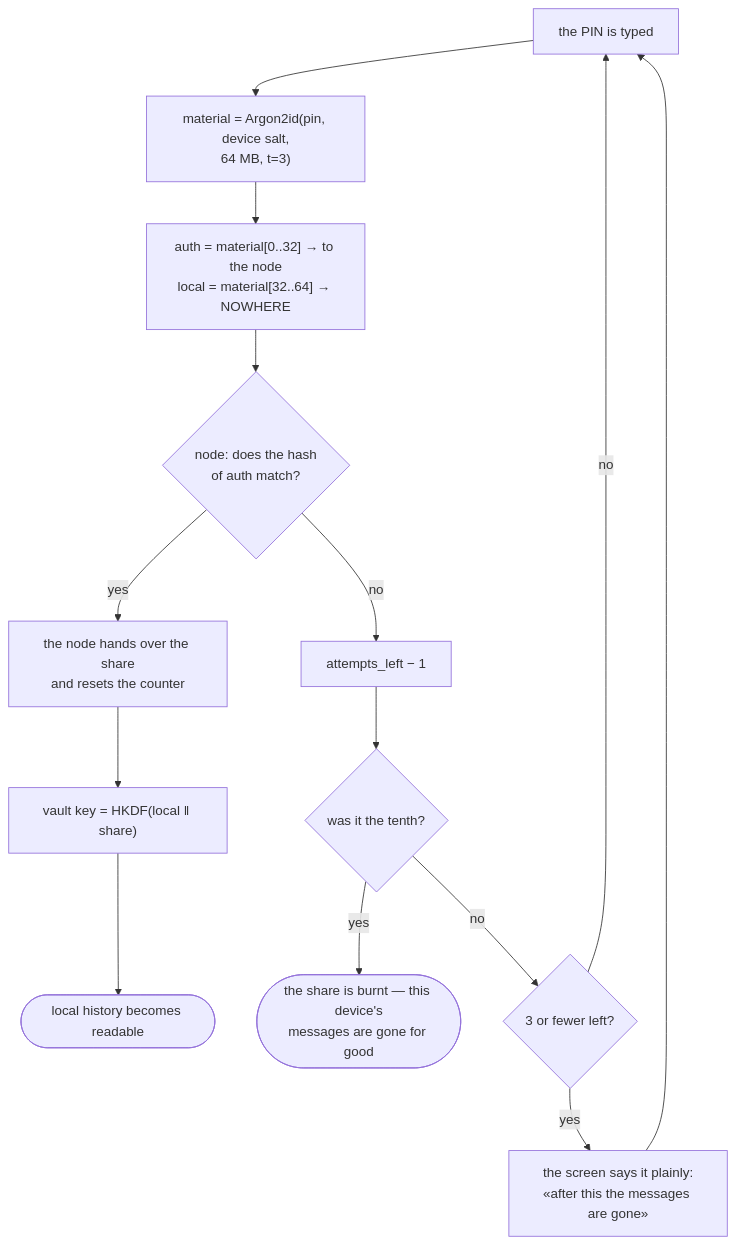
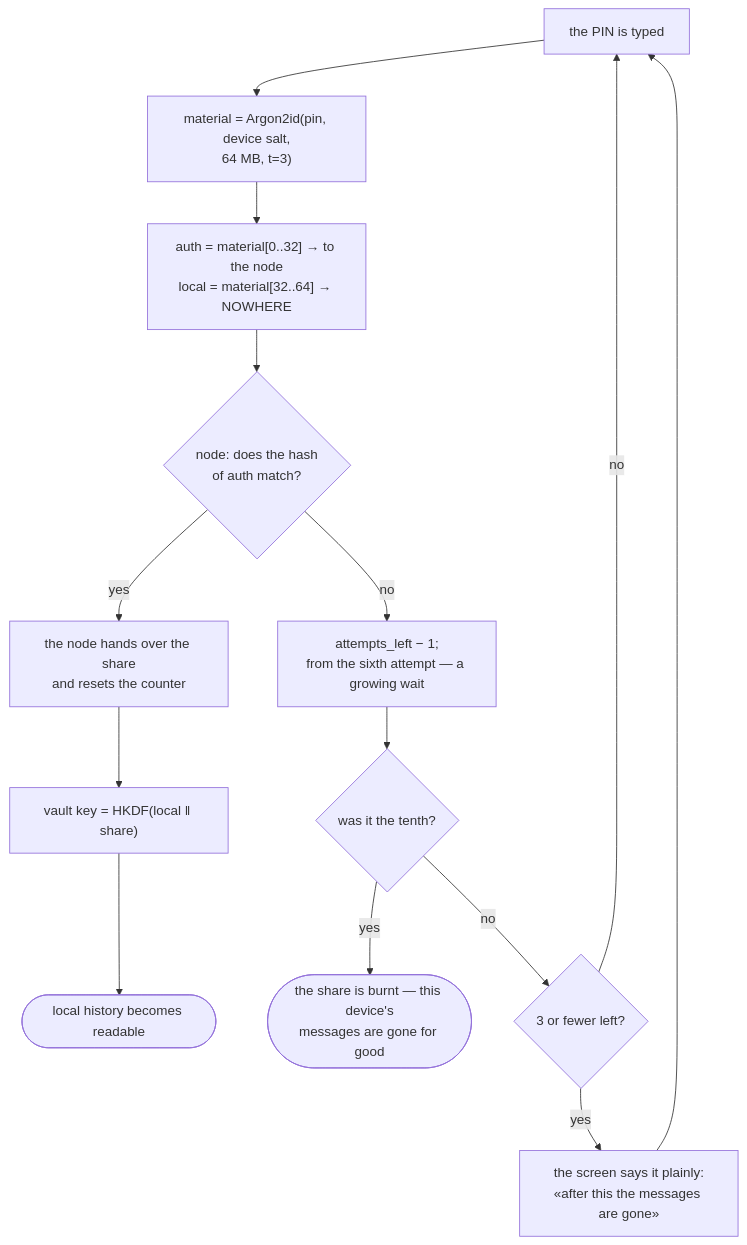
The third of 30 diagrams in docs/chat-flows_EN.md (panov-id/xor.ad), drawn with Mermaid before and after one commit. The commit also changed 9 other files, not shown here.

First line of the commit message:
Hold the stepped-away label as a participant boolean with one outgoing field, count a silent participant's span from the chat's creation, write early return, and draw the growing PIN wait

````diff
--- a/docs/chat-flows_EN.md
+++ b/docs/chat-flows_EN.md
@@ -96,16 +96,16 @@
 ```mermaid
 flowchart TD
   pin["the PIN is typed"] --> argon["material = Argon2id#40;pin, device salt,<br/>64 MB, t=3#41;"]
   argon --> split["auth = material[0..32] → to the node<br/>local = material[32..64] → NOWHERE"]
   split --> check{"node: does the hash<br/>of auth match?"}
   check -- "yes" --> give["the node hands over the share<br/>and resets the counter"]
   give --> key["vault key = HKDF#40;local ‖ share#41;"]
   key --> open(["local history becomes readable"])
-  check -- "no" --> dec["attempts_left − 1"]
+  check -- "no" --> dec["attempts_left − 1;<br/>from the sixth attempt — a growing wait"]
   dec --> burn{"was it the tenth?"}
   burn -- "yes" --> dead(["the share is burnt — this device's<br/>messages are gone for good"])
   burn -- "no" --> warn{"3 or fewer left?"}
   warn -- "yes" --> say["the screen says it plainly:<br/>«after this the messages are gone»"]
   warn -- "no" --> pin
   say --> pin
 ```
````
